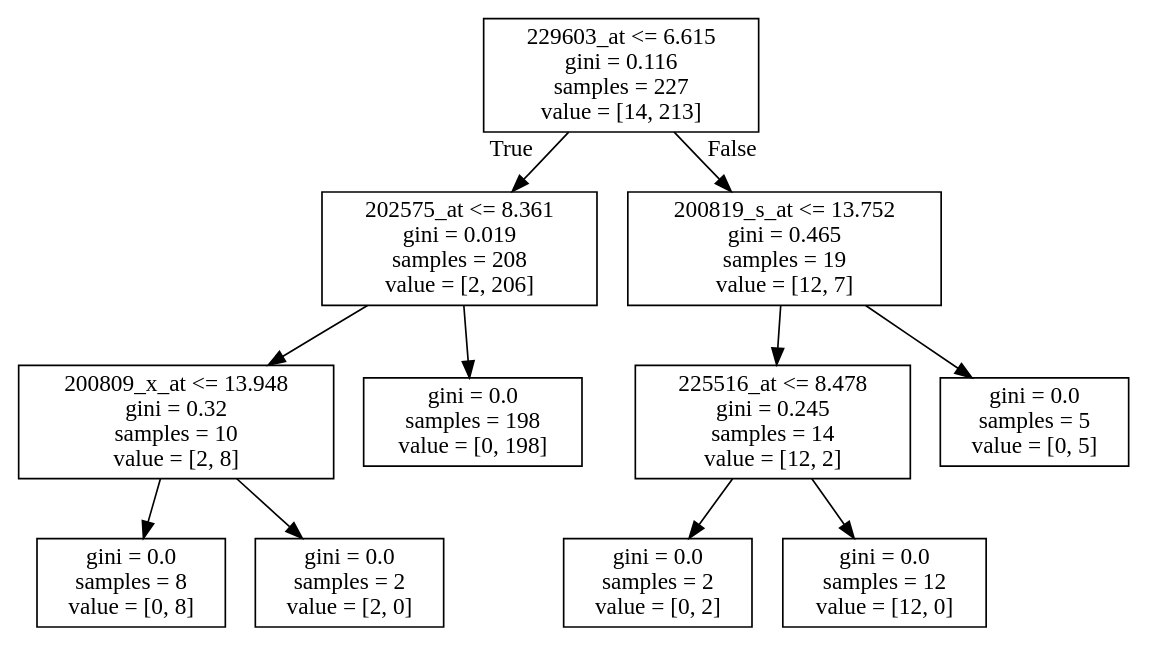
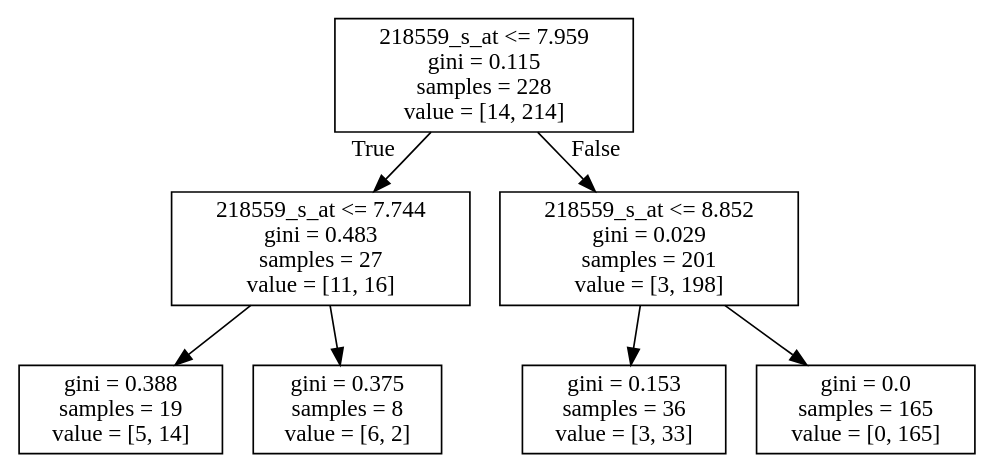
One commit to YichaoOU/Ovarian_cancer_project changed the diagram in GSE9891/GSE9891_classification/LMP_PSO_DT_1.dot. Above: the diagram before and after it, drawn with Graphviz. The commit also changed 17 other files, not shown here.

```diff
--- a/GSE9891/GSE9891_classification/LMP_PSO_DT_1.dot
+++ b/GSE9891/GSE9891_classification/LMP_PSO_DT_1.dot
@@ -1,24 +1,16 @@
 digraph Tree {
 node [shape=box] ;
-0 [label="229603_at <= 6.615\ngini = 0.116\nsamples = 227\nvalue = [14, 213]"] ;
-1 [label="202575_at <= 8.361\ngini = 0.019\nsamples = 208\nvalue = [2, 206]"] ;
+0 [label="218559_s_at <= 7.959\ngini = 0.115\nsamples = 228\nvalue = [14, 214]"] ;
+1 [label="218559_s_at <= 7.744\ngini = 0.483\nsamples = 27\nvalue = [11, 16]"] ;
 0 -> 1 [labeldistance=2.5, labelangle=45, headlabel="True"] ;
-2 [label="200809_x_at <= 13.948\ngini = 0.32\nsamples = 10\nvalue = [2, 8]"] ;
+2 [label="gini = 0.388\nsamples = 19\nvalue = [5, 14]"] ;
 1 -> 2 ;
-3 [label="gini = 0.0\nsamples = 8\nvalue = [0, 8]"] ;
-2 -> 3 ;
-4 [label="gini = 0.0\nsamples = 2\nvalue = [2, 0]"] ;
-2 -> 4 ;
-5 [label="gini = 0.0\nsamples = 198\nvalue = [0, 198]"] ;
-1 -> 5 ;
-6 [label="200819_s_at <= 13.752\ngini = 0.465\nsamples = 19\nvalue = [12, 7]"] ;
-0 -> 6 [labeldistance=2.5, labelangle=-45, headlabel="False"] ;
-7 [label="225516_at <= 8.478\ngini = 0.245\nsamples = 14\nvalue = [12, 2]"] ;
-6 -> 7 ;
-8 [label="gini = 0.0\nsamples = 2\nvalue = [0, 2]"] ;
-7 -> 8 ;
-9 [label="gini = 0.0\nsamples = 12\nvalue = [12, 0]"] ;
-7 -> 9 ;
-10 [label="gini = 0.0\nsamples = 5\nvalue = [0, 5]"] ;
-6 -> 10 ;
+3 [label="gini = 0.375\nsamples = 8\nvalue = [6, 2]"] ;
+1 -> 3 ;
+4 [label="218559_s_at <= 8.852\ngini = 0.029\nsamples = 201\nvalue = [3, 198]"] ;
+0 -> 4 [labeldistance=2.5, labelangle=-45, headlabel="False"] ;
+5 [label="gini = 0.153\nsamples = 36\nvalue = [3, 33]"] ;
+4 -> 5 ;
+6 [label="gini = 0.0\nsamples = 165\nvalue = [0, 165]"] ;
+4 -> 6 ;
 }
```
